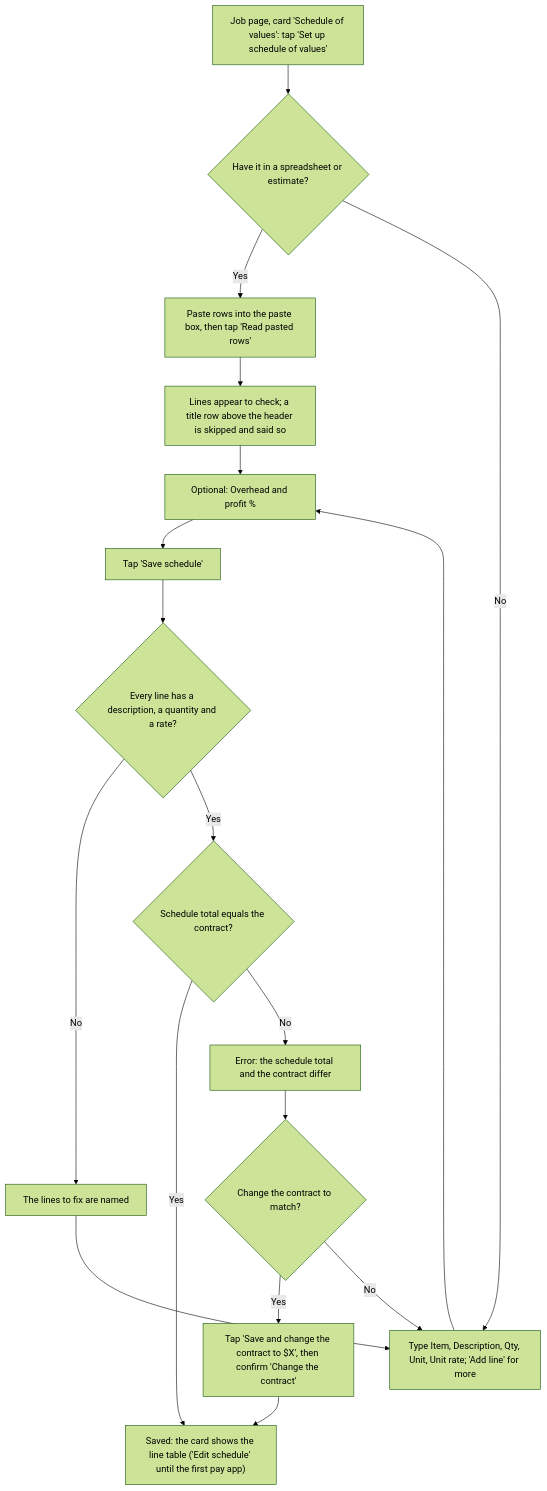
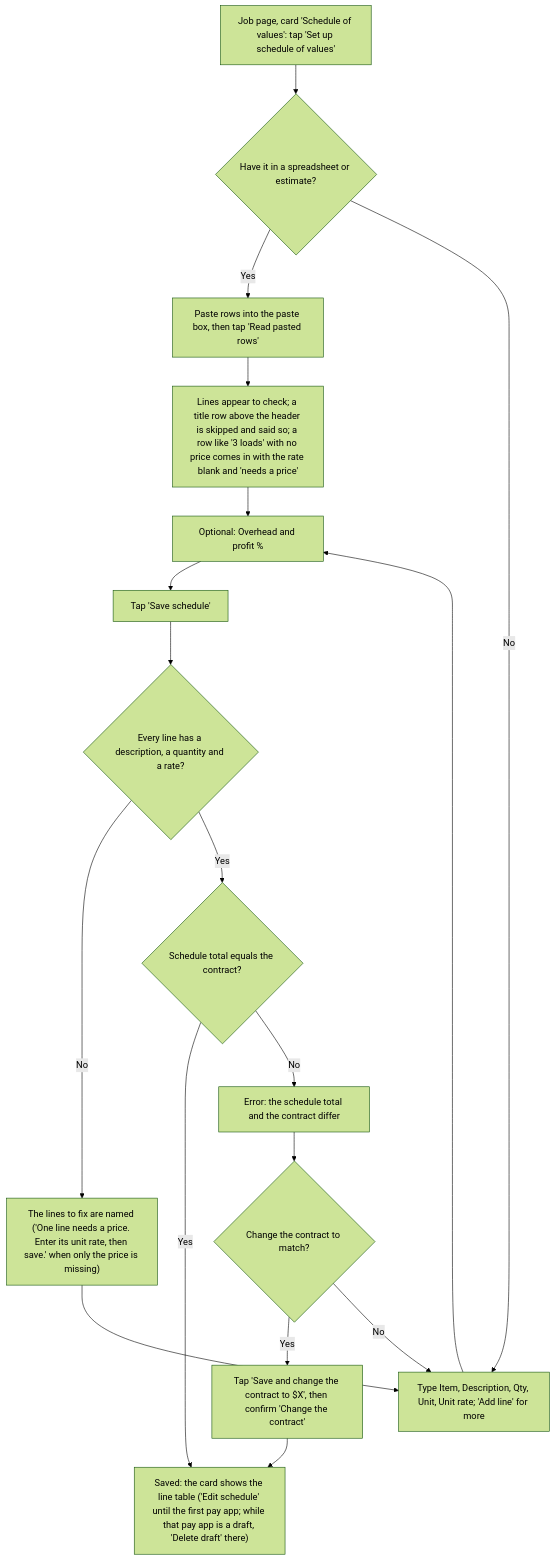
One commit to cartwrightstephen/billdable changed the fourth of 15 diagrams in docs/client-flows.md. Above: the diagram before and after it, drawn with Mermaid (forest theme). The commit also changed other lines of this file and 8 other files, not shown here.

First line of the commit message:
Schedule paste: a count with no price needs a price; a draft-only lock says Delete draft

````diff
--- a/docs/client-flows.md
+++ b/docs/client-flows.md
@@ -148,20 +148,20 @@
 ```mermaid
 flowchart TD
     A["Job page, card 'Schedule of values': tap 'Set up schedule of values'"] --> B{"Have it in a spreadsheet or estimate?"}
     B -->|"Yes"| C["Paste rows into the paste box, then tap 'Read pasted rows'"]
-    C --> D["Lines appear to check; a title row above the header is skipped and said so"]
+    C --> D["Lines appear to check; a title row above the header is skipped and said so; a row like '3 loads' with no price comes in with the rate blank and 'needs a price'"]
     B -->|"No"| E["Type Item, Description, Qty, Unit, Unit rate; 'Add line' for more"]
     D --> F["Optional: Overhead and profit %"]
     E --> F
     F --> G["Tap 'Save schedule'"]
     G --> H{"Every line has a description, a quantity and a rate?"}
-    H -->|"No"| I["The lines to fix are named"]
+    H -->|"No"| I["The lines to fix are named ('One line needs a price. Enter its unit rate, then save.' when only the price is missing)"]
     I --> E
     H -->|"Yes"| J{"Schedule total equals the contract?"}
-    J -->|"Yes"| K["Saved: the card shows the line table ('Edit schedule' until the first pay app)"]
+    J -->|"Yes"| K["Saved: the card shows the line table ('Edit schedule' until the first pay app; while that pay app is a draft, 'Delete draft' there)"]
     J -->|"No"| L["Error: the schedule total and the contract differ"]
     L --> M{"Change the contract to match?"}
     M -->|"Yes"| N["Tap 'Save and change the contract to $X', then confirm 'Change the contract'"]
     M -->|"No"| E
     N --> K
 ```
````
